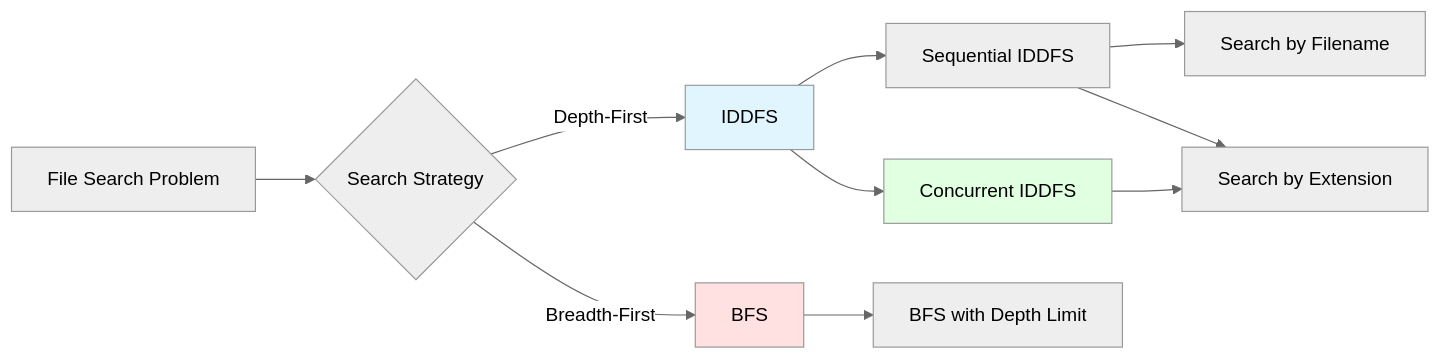
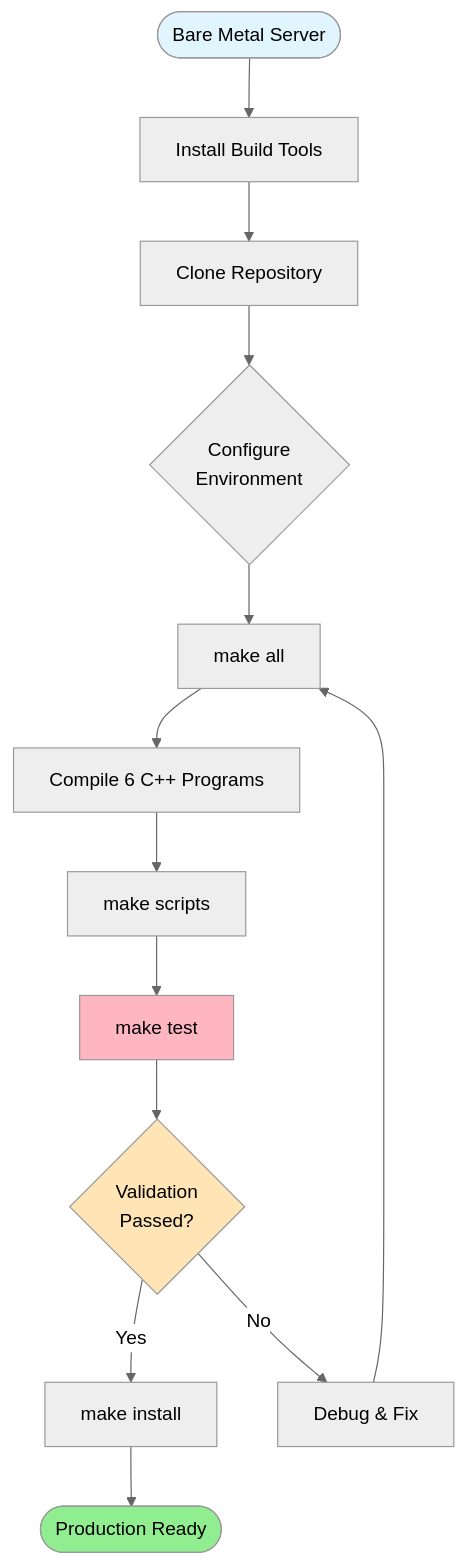
One commit to danindiana/enterprise-document-treesearch changed the first of 4 diagrams in README.md. Above: the diagram before and after it, drawn with Mermaid (neutral theme). The commit also changed other lines of this file and 1 other file, not shown here.

First line of the commit message:
Archive original README and create build/deployment focused README

````diff
--- a/README.md
+++ b/README.md
@@ -35,19 +33,23 @@
 ```mermaid
-graph LR
-    A[File Search Problem] --> B{Search Strategy}
-    B -->|Depth-First| C[IDDFS]
-    B -->|Breadth-First| D[BFS]
+flowchart TD
+    Start([Bare Metal Server]) --> Prereq[Install Build Tools]
+    Prereq --> Clone[Clone Repository]
+    Clone --> Config{Configure<br/>Environment}
 
-    C --> C1[Sequential IDDFS]
-    C --> C2[Concurrent IDDFS]
+    Config --> Build[make all]
+    Build --> Compile[Compile 6 C++ Programs]
+    Compile --> Scripts[make scripts]
+    Scripts --> Test[make test]
 
-    C1 --> E[Search by Filename]
-    C1 --> F[Search by Extension]
-    C2 --> F
+    Test --> Validate{Validation<br/>Passed?}
+    Validate -->|Yes| Deploy[make install]
+    Validate -->|No| Debug[Debug & Fix]
+    Debug --> Build
 
-    D --> G[BFS with Depth Limit]
+    Deploy --> Production([Production Ready])
 
-    style C fill:#e1f5ff
-    style D fill:#ffe1e1
-    style C2 fill:#e1ffe1
+    style Start fill:#e1f5ff
+    style Production fill:#90EE90
+    style Validate fill:#FFE4B5
+    style Test fill:#FFB6C1
 ```
````
